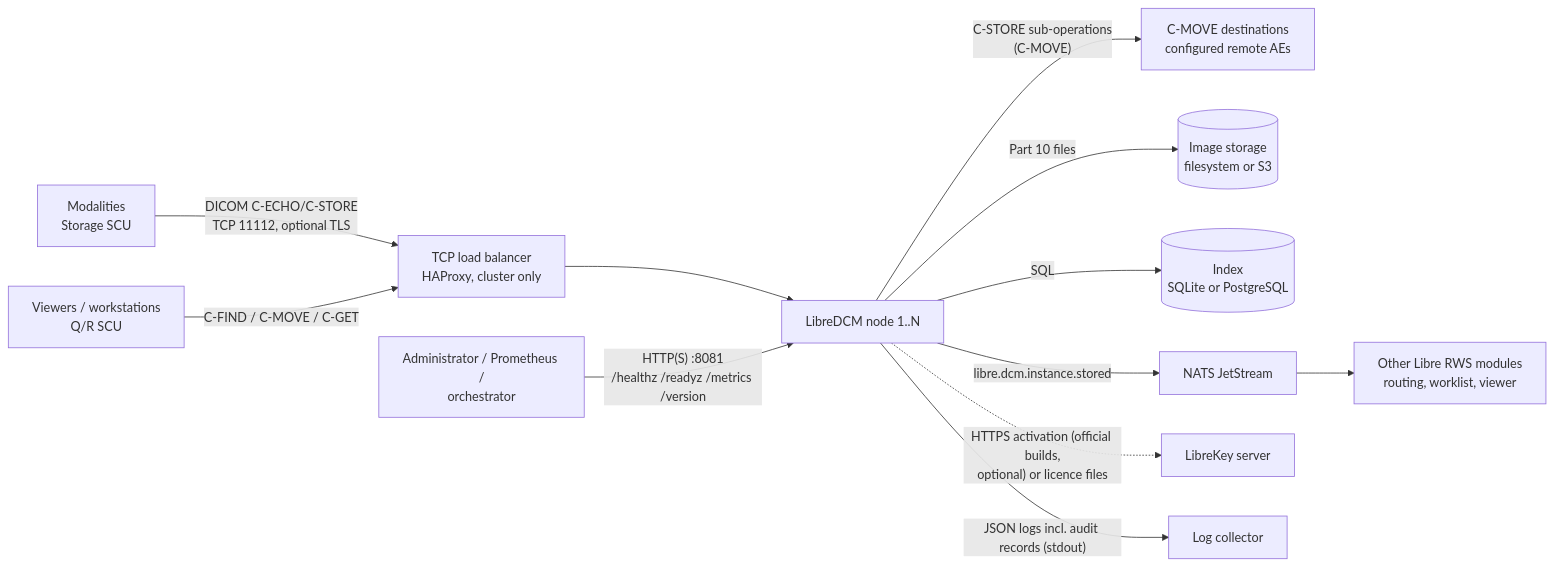
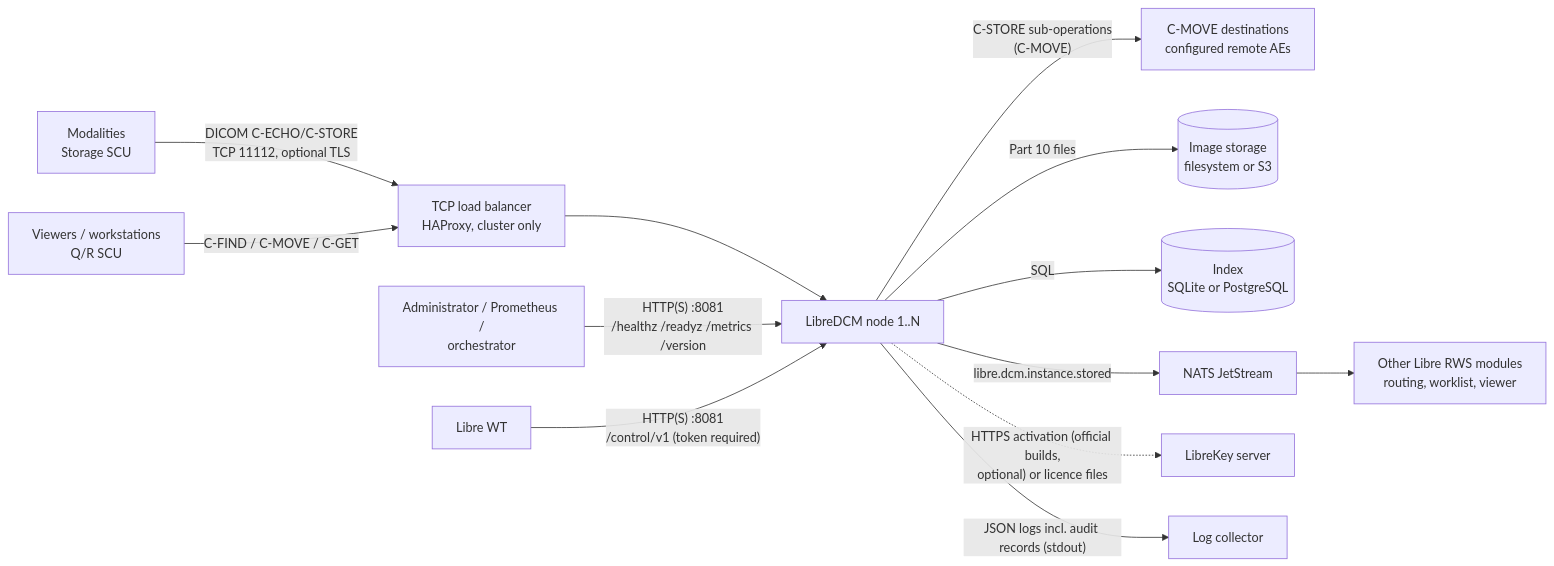
Before and after one commit to mulcahyio/libre-rws: the first of 3 diagrams in docs/dhf/libredcm/architecture.md, drawn with Mermaid. The commit also changed other lines of this file and 32 other files, not shown here.

First line of the commit message:
Patient ID conflict control (HAZ-013, fixes ANOM-002/009): detect in the index transaction, quarantine/reject/accept_separate, hidden/flagged visibility, optional B000_ coercion with Original Attributes Sequence, control API for Libre WT, DCM-SRS-070…079 (issue #14)

````diff
--- a/docs/dhf/libredcm/architecture.md
+++ b/docs/dhf/libredcm/architecture.md
@@ -22,15 +22,16 @@
 ```mermaid
 flowchart LR
   MOD[Modalities<br/>Storage SCU] -- "DICOM C-ECHO/C-STORE<br/>TCP 11112, optional TLS" --> LB
   VIEW[Viewers / workstations<br/>Q/R SCU] -- "C-FIND / C-MOVE / C-GET" --> LB
   LB[TCP load balancer<br/>HAProxy, cluster only] --> DCM
   DCM[LibreDCM node 1..N]
   DCM -- "C-STORE sub-operations<br/>(C-MOVE)" --> DEST[C-MOVE destinations<br/>configured remote AEs]
   DCM -- "Part 10 files" --> ST[(Image storage<br/>filesystem or S3)]
   DCM -- "SQL" --> IDX[(Index<br/>SQLite or PostgreSQL)]
   DCM -- "libre.dcm.instance.stored" --> BUS[NATS JetStream]
   BUS --> MODS[Other Libre RWS modules<br/>routing, worklist, viewer]
   ADM[Administrator / Prometheus /<br/>orchestrator] -- "HTTP(S) :8081<br/>/healthz /readyz /metrics /version" --> DCM
+  WT[Libre WT] -- "HTTP(S) :8081<br/>/control/v1 (token required)" --> DCM
   DCM -. "HTTPS activation (official builds,<br/>optional) or licence files" .-> LK[LibreKey server]
   DCM -- "JSON logs incl. audit records (stdout)" --> LOG[Log collector]
 ```
````
